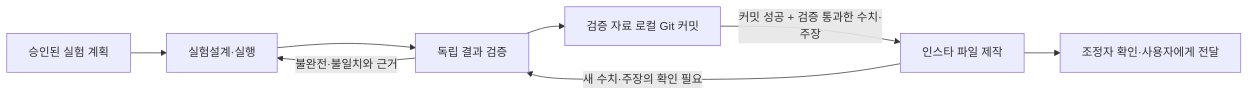
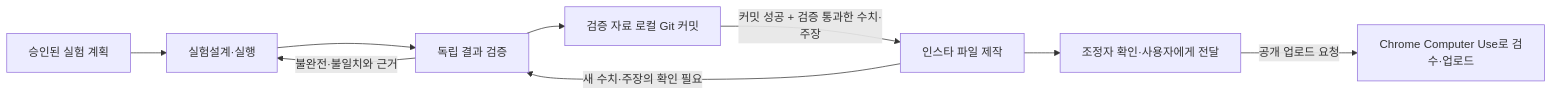
Before and after one commit to eat-toast/autonomous-rl-lab: the diagram in docs/agent_workflow.md, drawn with Mermaid. The commit also changed other lines of this file and 19 other files, not shown here.

````diff
--- a/docs/agent_workflow.md
+++ b/docs/agent_workflow.md
@@ -23,10 +23,11 @@
 ```mermaid
 flowchart LR
     P[승인된 실험 계획] --> E[실험설계·실행]
     E --> R[독립 결과 검증]
     R --> G[검증 자료 로컬 Git 커밋]
     G -->|커밋 성공 + 검증 통과한 수치·주장| I[인스타 파일 제작]
     R -->|불완전·불일치와 근거| E
     I -->|새 수치·주장의 확인 필요| R
     I --> C[조정자 확인·사용자에게 전달]
+    C -->|공개 업로드 요청| U[Chrome Computer Use로 검수·업로드]
 ```
````
